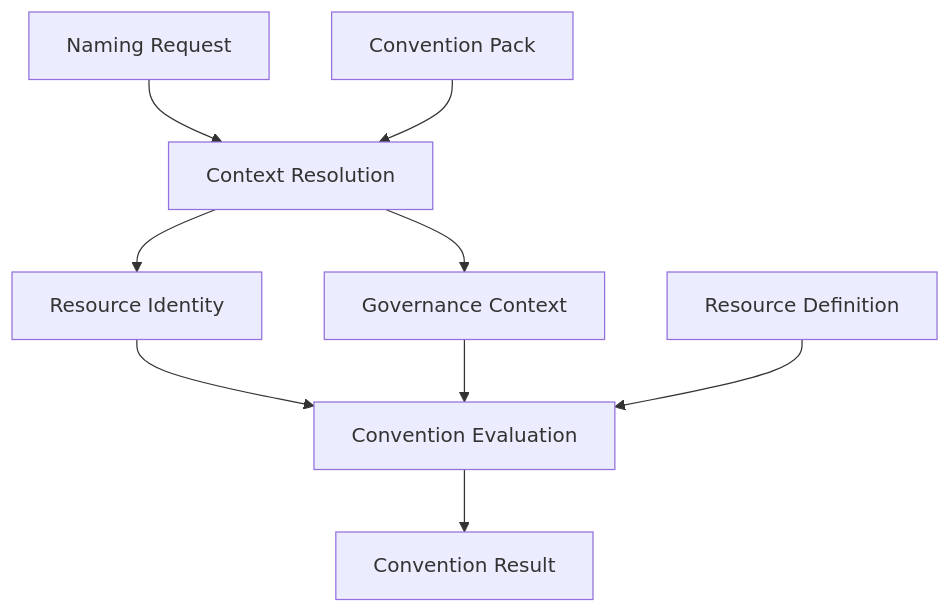
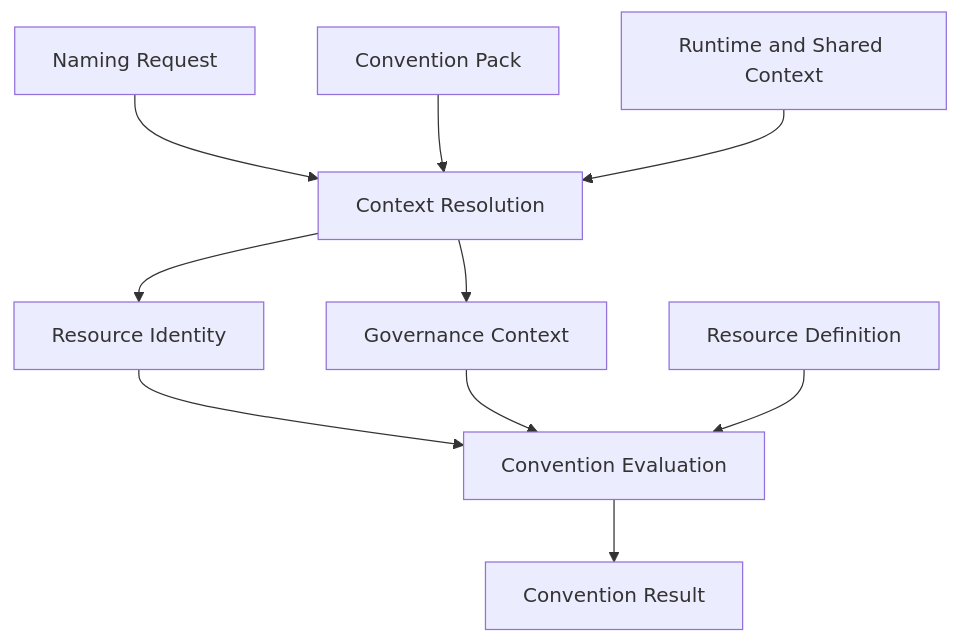
One commit to lksnext/iac-resource-conventions changed the diagram in specification/README.md. Above: the diagram before and after it, drawn with Mermaid. The commit also changed other lines of this file and 12 other files, not shown here.

````diff
--- a/specification/README.md
+++ b/specification/README.md
@@ -111,20 +119,22 @@
 ```mermaid
 flowchart TD
     NR["Naming Request"]
     CP["Convention Pack"]
+    RC["Runtime and Shared Context"]
     CR["Context Resolution"]
     RI["Resource Identity"]
     GC["Governance Context"]
     RD["Resource Definition"]
     CE["Convention Evaluation"]
     RS["Convention Result"]
 
     NR --> CR
     CP --> CR
+    RC --> CR
     CR --> RI
     CR --> GC
     RI --> CE
     GC --> CE
     RD --> CE
     CE --> RS
 ```
````
